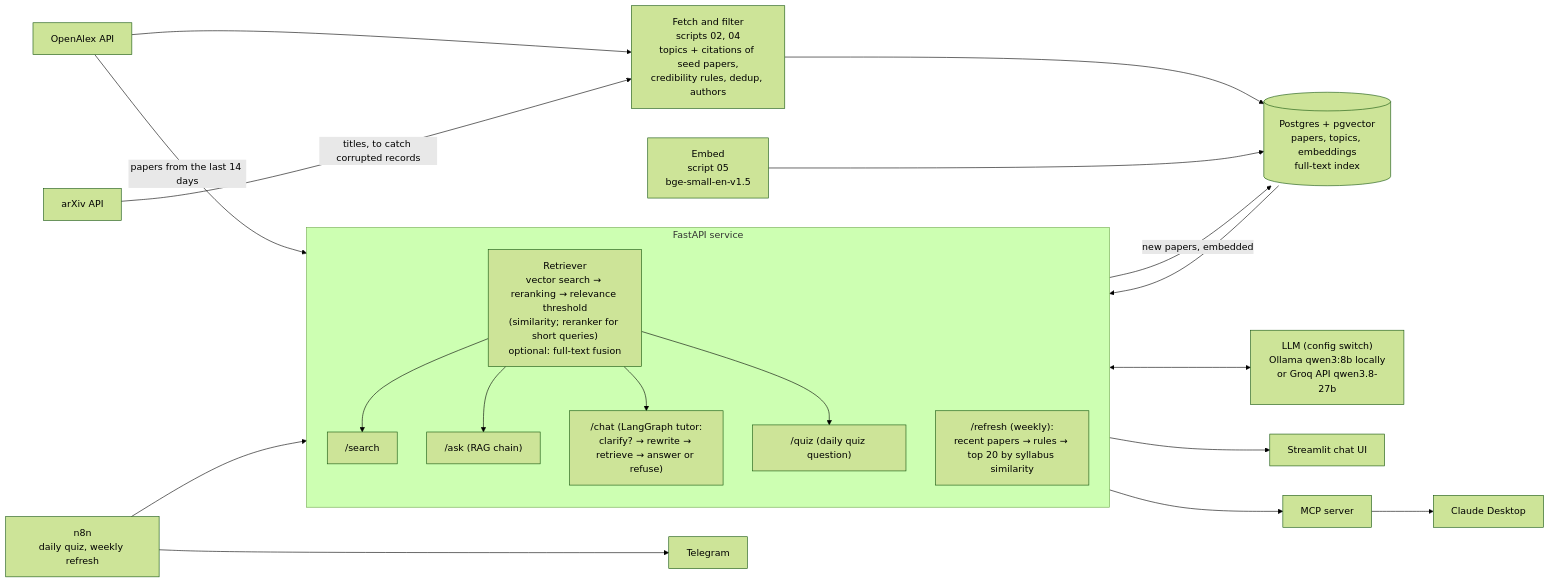
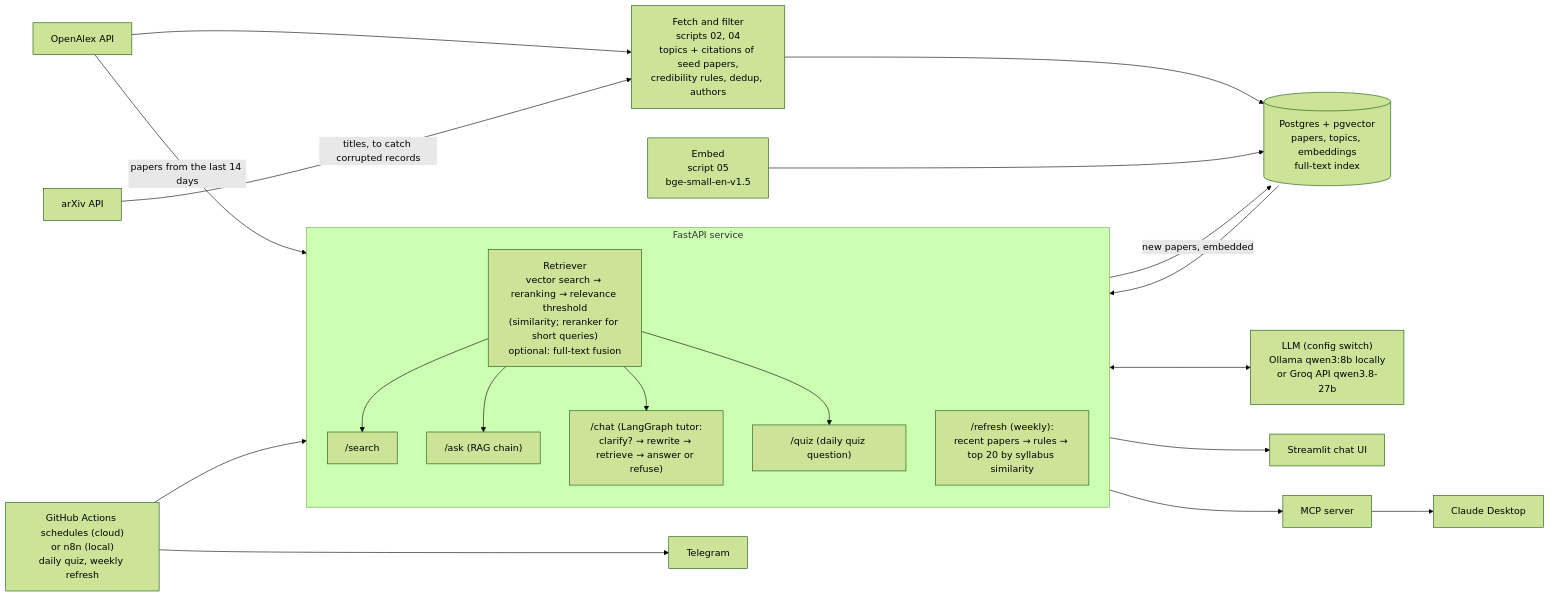
Before and after one commit to AymenFeki/paper-tutor: the first of 2 diagrams in README.md, drawn with Mermaid (forest theme). The commit also changed other lines of this file, not shown here.

Commit message:
README: automations run in the cloud with GitHub Actions

````diff
--- a/README.md
+++ b/README.md
@@ -23,32 +23,32 @@
-  ```mermaid
-  flowchart LR
-      OA[OpenAlex API] --> FETCH["Fetch and filter<br/>scripts 02, 04<br/>topics + citations of seed papers,<br/>credibility rules, dedup, authors"]
-      AX[arXiv API] -->|titles, to catch corrupted records| FETCH
-      FETCH --> DB[("Postgres + pgvector<br/>papers, topics, embeddings<br/>full-text index")]
-      EMB["Embed<br/>script 05<br/>bge-small-en-v1.5"] --> DB
+```mermaid
+flowchart LR
+    OA[OpenAlex API] --> FETCH["Fetch and filter<br/>scripts 02, 04<br/>topics + citations of seed papers,<br/>credibility rules, dedup, authors"]
+    AX[arXiv API] -->|titles, to catch corrupted records| FETCH
+    FETCH --> DB[("Postgres + pgvector<br/>papers, topics, embeddings<br/>full-text index")]
+    EMB["Embed<br/>script 05<br/>bge-small-en-v1.5"] --> DB
 
-      subgraph API["FastAPI service"]
-          direction TB
-          RET["Retriever<br/>vector search → reranking → relevance threshold<br/>(similarity; reranker for short queries)<br/>optional: full-text fusion"]
-          SEARCH["/search"]
-          ASK["/ask (RAG chain)"]
-          CHAT["/chat (LangGraph tutor:<br/>clarify? → rewrite → retrieve → answer or refuse)"]
-          QUIZ["/quiz (daily quiz question)"]
-          REFRESH["/refresh (weekly):<br/>recent papers → rules → top 20 by syllabus similarity"]
-          RET --> SEARCH
-          RET --> ASK
-          RET --> CHAT
-          RET --> QUIZ
-      end
+    subgraph API["FastAPI service"]
+        direction TB
+        RET["Retriever<br/>vector search → reranking → relevance threshold<br/>(similarity; reranker for short queries)<br/>optional: full-text fusion"]
+        SEARCH["/search"]
+        ASK["/ask (RAG chain)"]
+        CHAT["/chat (LangGraph tutor:<br/>clarify? → rewrite → retrieve → answer or refuse)"]
+        QUIZ["/quiz (daily quiz question)"]
+        REFRESH["/refresh (weekly):<br/>recent papers → rules → top 20 by syllabus similarity"]
+        RET --> SEARCH
+        RET --> ASK
+        RET --> CHAT
+        RET --> QUIZ
+    end
 
-      OA -->|papers from the last 14 days| REFRESH
-      REFRESH -->|new papers, embedded| DB
+    OA -->|papers from the last 14 days| REFRESH
+    REFRESH -->|new papers, embedded| DB
 
-      DB --> API
-      API <--> LLM["LLM (config switch)<br/>Ollama qwen3:8b locally<br/>or Groq API qwen3.8-27b"]
-      API --> UI["Streamlit chat UI"]
-      API --> MCP["MCP server"]
-      MCP --> CD["Claude Desktop"]
-      N8N["n8n<br/>daily quiz, weekly refresh"] --> API
-      N8N --> TG["Telegram"]
-  ```
+    DB --> API
+    API <--> LLM["LLM (config switch)<br/>Ollama qwen3:8b locally<br/>or Groq API qwen3.8-27b"]
+    API --> UI["Streamlit chat UI"]
+    API --> MCP["MCP server"]
+    MCP --> CD["Claude Desktop"]
+    SCHED["GitHub Actions schedules (cloud)<br/>or n8n (local)<br/>daily quiz, weekly refresh"] --> API
+    SCHED --> TG["Telegram"]
+```
````
